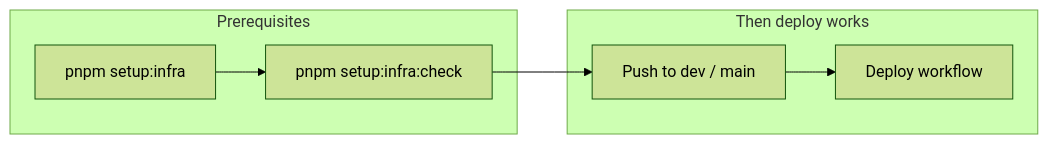
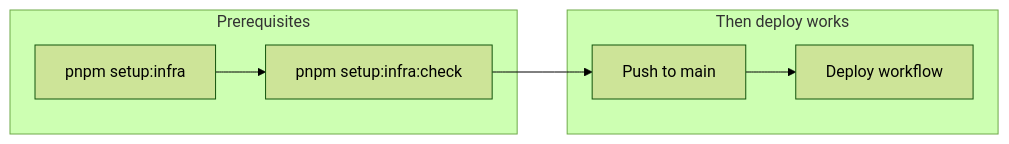
One commit to nikunjmavani/core-be changed the diagram in docs/deployment/setup/setup-automation.md. Above: the diagram before and after it, drawn with Mermaid (forest theme). The commit also changed other lines of this file and 21 other files, not shown here.

````diff
--- a/docs/deployment/setup/setup-automation.md
+++ b/docs/deployment/setup/setup-automation.md
@@ -13,16 +13,16 @@
 ```mermaid
 flowchart LR
   subgraph prereq [Prerequisites]
     Setup[pnpm setup:infra]
     Check[pnpm setup:infra:check]
   end
 
   subgraph deploy [Then deploy works]
-    Push[Push to dev / main]
+    Push[Push to main]
     CI[Deploy workflow]
   end
 
   Setup --> Check
   Check --> Push
   Push --> CI
 ```
````
